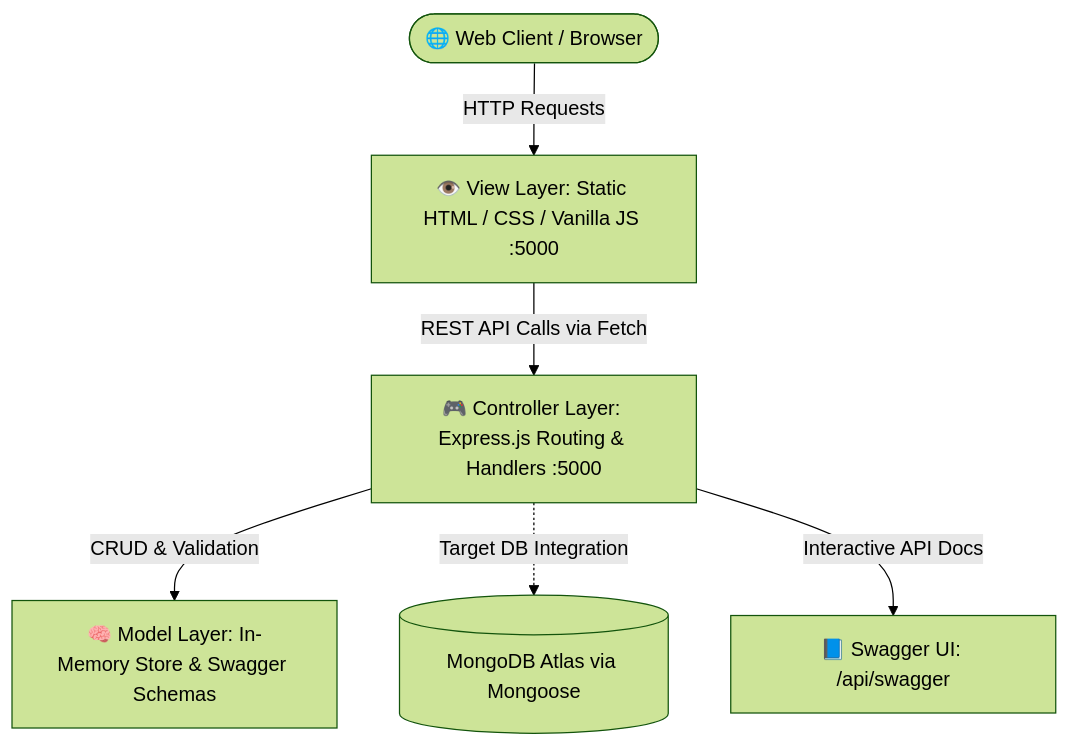
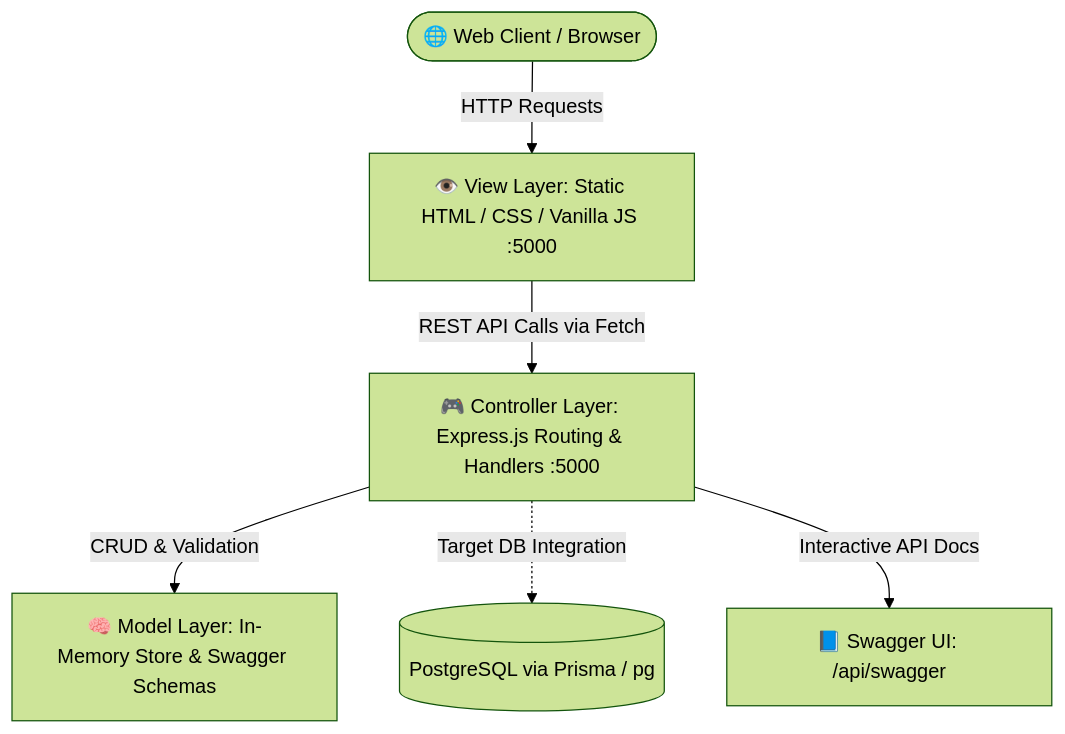
Before and after one commit to mehmetrasid0/Alumni: the first of 4 diagrams in README.md, drawn with Mermaid (forest theme). The commit also changed other lines of this file, not shown here.

Commit message:
docs: update database architecture to PostgreSQL with evaluation analysis and ER schema

````diff
--- a/README.md
+++ b/README.md
@@ -164,8 +164,8 @@
 ```mermaid
 graph TD
     User(["🌐 Web Client / Browser"]) -->|HTTP Requests| View["👁️ View Layer: Static HTML / CSS / Vanilla JS :5000"]
     View -->|REST API Calls via Fetch| Controller["🎮 Controller Layer: Express.js Routing & Handlers :5000"]
     Controller -->|CRUD & Validation| Model["🧠 Model Layer: In-Memory Store & Swagger Schemas"]
-    Controller -.->|Target DB Integration| DB[("MongoDB Atlas via Mongoose")]
+    Controller -.->|Target DB Integration| DB[("PostgreSQL via Prisma / pg")]
     Controller -->|Interactive API Docs| SwaggerUI["📘 Swagger UI: /api/swagger"]
 ```
````
